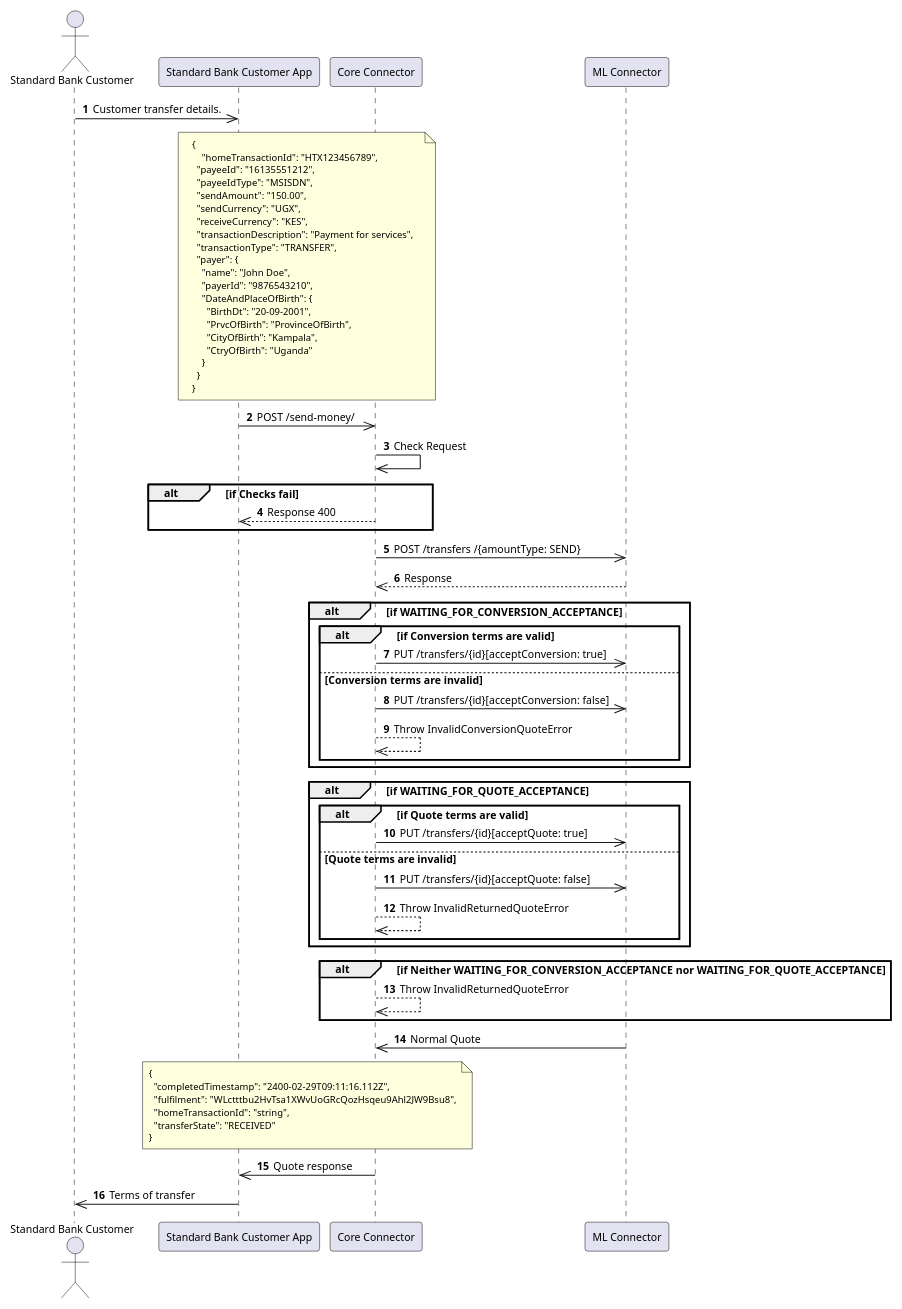
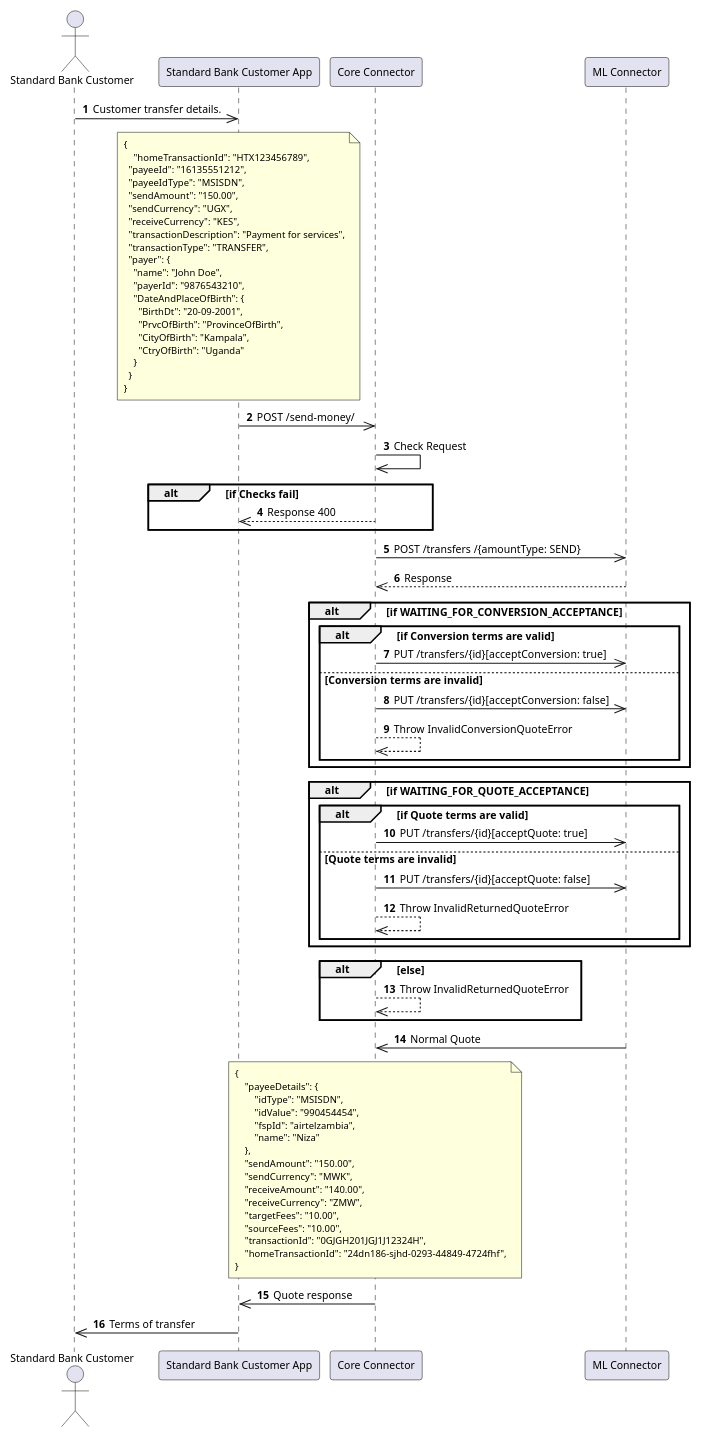
The diagram in standard-bank-mw-core-connector/docs/payer-new/initiate-transfer.puml (mojaloop/ml-reference-connectors), drawn with PlantUML before and after one commit. The commit also changed 1 other file, not shown here.

Commit message:
Added payloads to Plant UML diagram.

```diff
--- a/standard-bank-mw-core-connector/docs/payer-new/initiate-transfer.puml
+++ b/standard-bank-mw-core-connector/docs/payer-new/initiate-transfer.puml
@@ -1,90 +1,100 @@
 @startuml name="initiate-transfer"
 
 skinparam defaultFontSize 10
 skinparam NoteFontSize 9
 skinparam NoteFontName "Courier New"  ' Monospace font
 skinparam wrapWidth 50                ' Set the width of the note
 
 autonumber
 
 actor "Standard Bank Customer" as Customer
 participant "Standard Bank Customer App" as App
 participant "Core Connector" as Core
 participant "ML Connector" as ML
 
 Customer ->> App: Customer transfer details.
 
 
-note over App, Core
+note over App
 {
     "homeTransactionId": "HTX123456789",
   "payeeId": "16135551212",
   "payeeIdType": "MSISDN",
   "sendAmount": "150.00",
   "sendCurrency": "UGX",
   "receiveCurrency": "KES",
   "transactionDescription": "Payment for services",
   "transactionType": "TRANSFER",
   "payer": {
     "name": "John Doe",
     "payerId": "9876543210",
     "DateAndPlaceOfBirth": {
       "BirthDt": "20-09-2001",
       "PrvcOfBirth": "ProvinceOfBirth",
       "CityOfBirth": "Kampala",
       "CtryOfBirth": "Uganda"
     }
   }
 }
 end note
 App ->> Core: POST /send-money/ 
 
 
 Core ->> Core: Check Request
 
 alt if Checks fail
     Core -->> App: Response 400
 end
 
 
 
 Core ->> ML: POST /transfers /{amountType: SEND} 
 ML -->> Core: Response
 
 alt if WAITING_FOR_CONVERSION_ACCEPTANCE
     alt if Conversion terms are valid
         Core ->> ML: PUT /transfers/{id}[acceptConversion: true]
     else Conversion terms are invalid
         Core ->> ML: PUT /transfers/{id}[acceptConversion: false]
         Core -->> Core: Throw InvalidConversionQuoteError
     end
 end
 
 alt if WAITING_FOR_QUOTE_ACCEPTANCE
     alt if Quote terms are valid
         Core ->> ML: PUT /transfers/{id}[acceptQuote: true]
     else Quote terms are invalid
         Core ->> ML: PUT /transfers/{id}[acceptQuote: false]
         Core -->> Core: Throw InvalidReturnedQuoteError
     end
 end
 
-alt if Neither WAITING_FOR_CONVERSION_ACCEPTANCE nor WAITING_FOR_QUOTE_ACCEPTANCE
+alt else
     Core -->> Core: Throw InvalidReturnedQuoteError
 end
 
 ML ->> Core: Normal Quote
 
-note over App, Core
+note over Core
 {
-  "completedTimestamp": "2400-02-29T09:11:16.112Z",
-  "fulfilment": "WLctttbu2HvTsa1XWvUoGRcQozHsqeu9Ahl2JW9Bsu8",
-  "homeTransactionId": "string",
-  "transferState": "RECEIVED"
+    "payeeDetails": {
+        "idType": "MSISDN",
+        "idValue": "990454454",
+        "fspId": "airtelzambia",
+        "name": "Niza"
+    },
+    "sendAmount": "150.00",
+    "sendCurrency": "MWK",
+    "receiveAmount": "140.00",
+    "receiveCurrency": "ZMW",
+    "targetFees": "10.00",
+    "sourceFees": "10.00",
+    "transactionId": "0GJGH201JGJ1J12324H",
+    "homeTransactionId": "24dn186-sjhd-0293-44849-4724fhf",
 }
 end note
 Core ->> App: Quote response
 
 App ->> Customer: Terms of transfer
 
 @enduml
```
